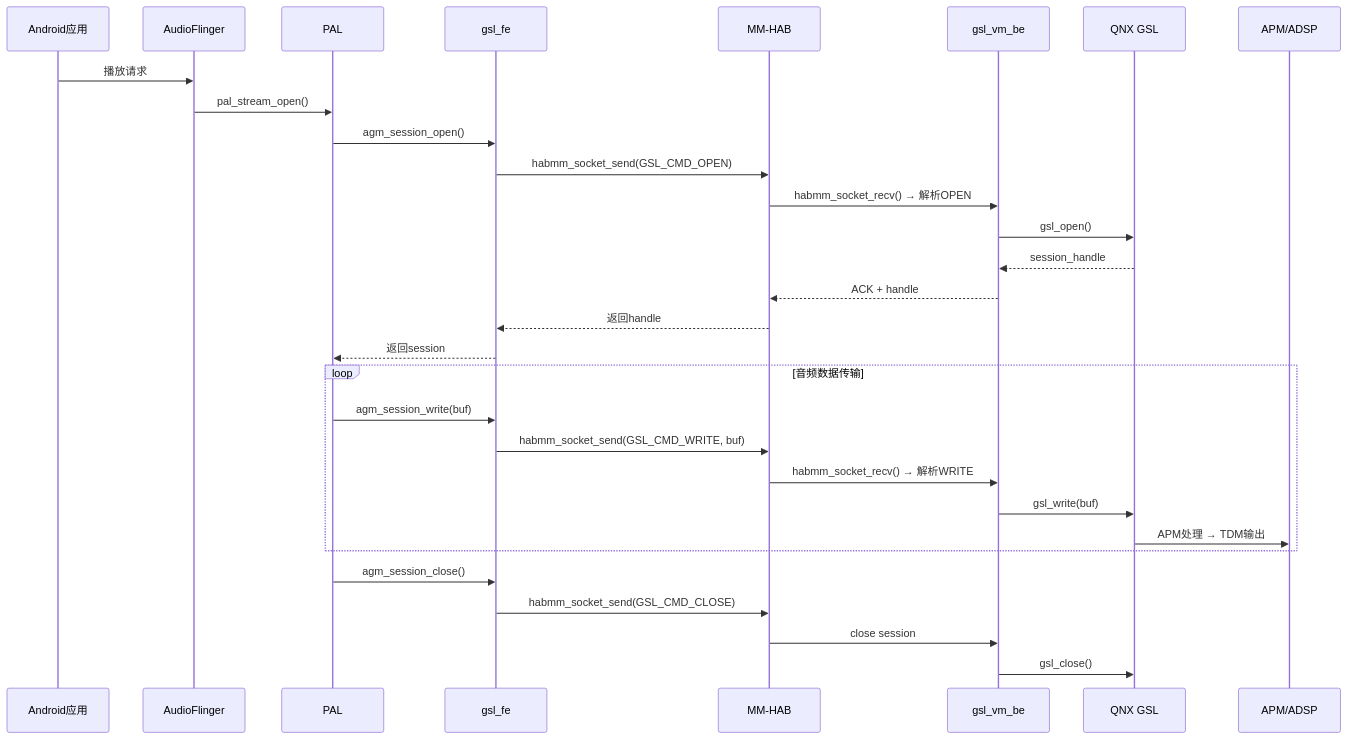
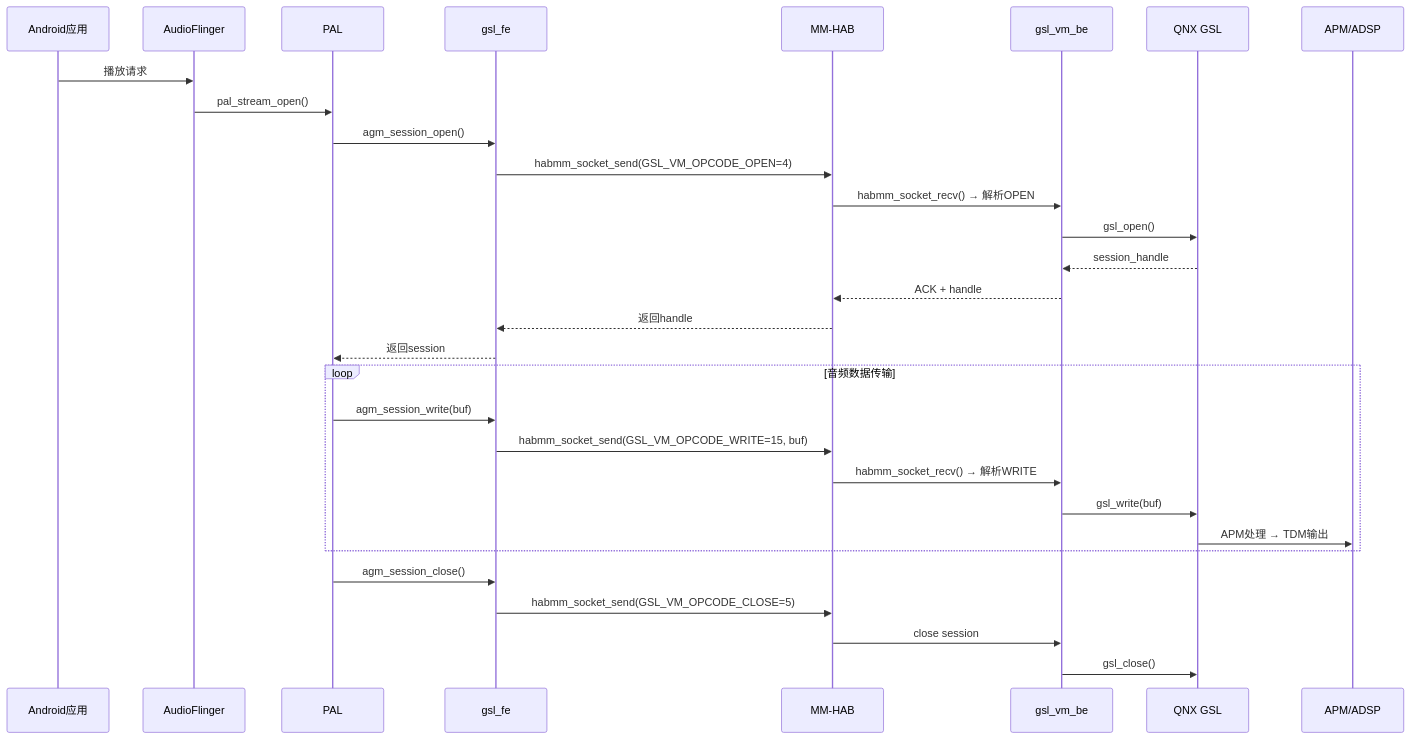
One commit to yanglinzhen1022/SA8295_AAOS_QNX_Audio_KnowledgeBase changed the third of 5 diagrams in 16_Vendor_QNX_Architecture/16_16.1_概述.md. Above: the diagram before and after it, drawn with Mermaid. The commit also changed other lines of this file and 48 other files, not shown here.

````diff
--- a/16_Vendor_QNX_Architecture/16_16.1_概述.md
+++ b/16_Vendor_QNX_Architecture/16_16.1_概述.md
@@ -208,35 +211,35 @@
 ```mermaid
 sequenceDiagram
     participant App as Android应用
     participant AF as AudioFlinger
     participant PAL as PAL
     participant GSL_FE as gsl_fe
     participant HAB as MM-HAB
     participant GSL_BE as gsl_vm_be
     participant GSL as QNX GSL
     participant APM as APM/ADSP
 
     App->>AF: 播放请求
     AF->>PAL: pal_stream_open()
     PAL->>GSL_FE: agm_session_open()
-    GSL_FE->>HAB: habmm_socket_send(GSL_CMD_OPEN)
+    GSL_FE->>HAB: habmm_socket_send(GSL_VM_OPCODE_OPEN=4)
     HAB->>GSL_BE: habmm_socket_recv() → 解析OPEN
     GSL_BE->>GSL: gsl_open()
     GSL-->>GSL_BE: session_handle
     GSL_BE-->>HAB: ACK + handle
     HAB-->>GSL_FE: 返回handle
     GSL_FE-->>PAL: 返回session
 
     loop 音频数据传输
         PAL->>GSL_FE: agm_session_write(buf)
-        GSL_FE->>HAB: habmm_socket_send(GSL_CMD_WRITE, buf)
+        GSL_FE->>HAB: habmm_socket_send(GSL_VM_OPCODE_WRITE=15, buf)
         HAB->>GSL_BE: habmm_socket_recv() → 解析WRITE
         GSL_BE->>GSL: gsl_write(buf)
         GSL->>APM: APM处理 → TDM输出
     end
 
     PAL->>GSL_FE: agm_session_close()
-    GSL_FE->>HAB: habmm_socket_send(GSL_CMD_CLOSE)
+    GSL_FE->>HAB: habmm_socket_send(GSL_VM_OPCODE_CLOSE=5)
     HAB->>GSL_BE: close session
     GSL_BE->>GSL: gsl_close()
 ```
````
